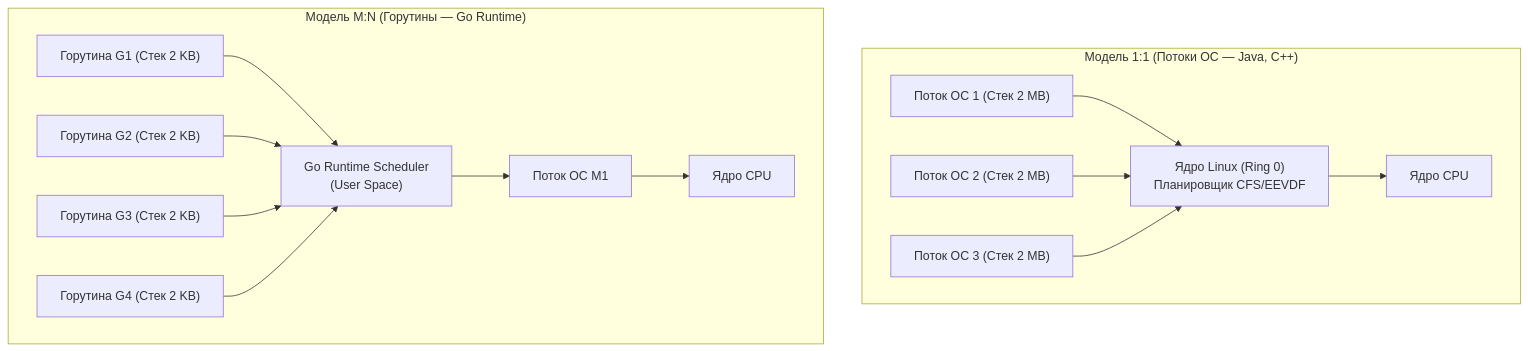
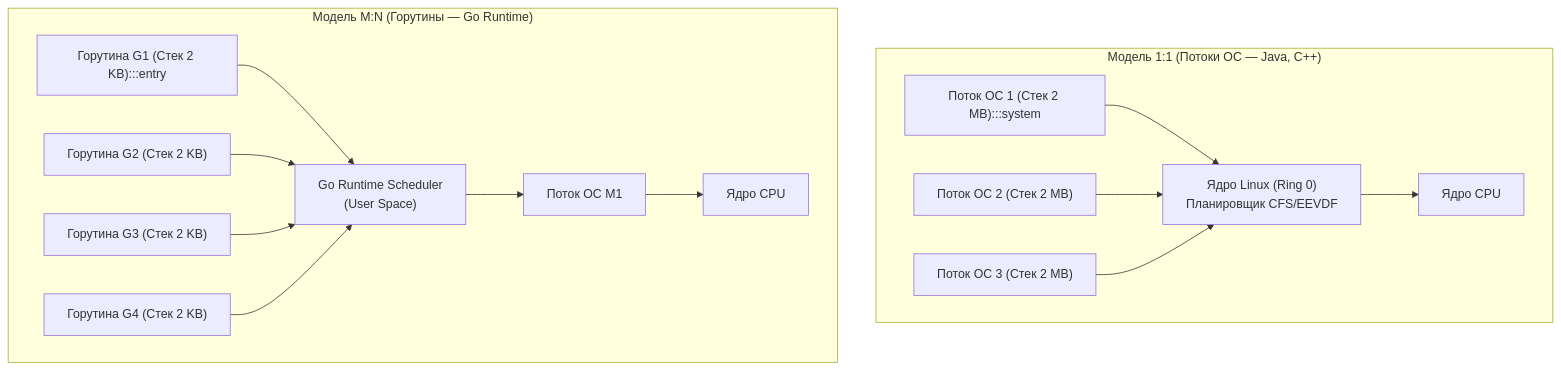
One commit to UnrealTemplier/go-textbook changed the first of 3 diagrams in sources/5. Учебник по Go (Основы и синтаксис)/34. Горутины. Легковесная конкурентность в Go.md. Above: the diagram before and after it, drawn with Mermaid. The commit also changed other lines of this file and 1666 other files, not shown here.

First line of the commit message:
feat(mermaid): add semantic color classDef to 1369 colorless flowchart/graph diagrams

````diff
--- a/sources/5. Учебник по Go (Основы и синтаксис)/34. Горутины. Легковесная конкурентность в Go.md
+++ b/sources/5. Учебник по Go (Основы и синтаксис)/34. Горутины. Легковесная конкурентность в Go.md
@@ -24,17 +24,27 @@
 ```mermaid
 flowchart TD
+    classDef process  fill:#1e293b,stroke:#38bdf8,stroke-width:1px,color:#f8fafc
+    classDef success  fill:#064e3b,stroke:#34d399,stroke-width:1px,color:#f8fafc
+    classDef error    fill:#7f1d1d,stroke:#f87171,stroke-width:1px,color:#f8fafc
+    classDef warning  fill:#78350f,stroke:#fbbf24,stroke-width:1px,color:#f8fafc
+    classDef entry    fill:#1e3a5f,stroke:#38bdf8,stroke-width:2px,color:#f8fafc
+    classDef aux      fill:#334155,stroke:#64748b,stroke-width:1px,color:#f8fafc
+    classDef system   fill:#312e81,stroke:#a78bfa,stroke-width:1px,color:#f8fafc
+    classDef data     fill:#132d29,stroke:#2dd4bf,stroke-width:1px,color:#f8fafc
+    classDef network  fill:#881337,stroke:#fb7185,stroke-width:1px,color:#f8fafc
+    classDef accent   fill:#1e1b4b,stroke:#818cf8,stroke-width:1px,color:#f8fafc
     subgraph OSModel["Модель 1:1 (Потоки ОС — Java, C++)"]
-        T1["Поток ОС 1 (Стек 2 MB)"] --> K["Ядро Linux (Ring 0)<br>Планировщик CFS/EEVDF"]
+        T1["Поток ОС 1 (Стек 2 MB):::system"] --> K["Ядро Linux (Ring 0)<br>Планировщик CFS/EEVDF"]
         T2["Поток ОС 2 (Стек 2 MB)"] --> K
         T3["Поток ОС 3 (Стек 2 MB)"] --> K
         K --> CPU1["Ядро CPU"]
     end
 
     subgraph GoModel["Модель M:N (Горутины — Go Runtime)"]
-        G1["Горутина G1 (Стек 2 KB)"] --> R["Go Runtime Scheduler<br>(User Space)"]
+        G1["Горутина G1 (Стек 2 KB):::entry"] --> R["Go Runtime Scheduler<br>(User Space)"]
         G2["Горутина G2 (Стек 2 KB)"] --> R
         G3["Горутина G3 (Стек 2 KB)"] --> R
         G4["Горутина G4 (Стек 2 KB)"] --> R
         R --> M1["Поток ОС M1"] --> CPU2["Ядро CPU"]
     end
 ```
````
